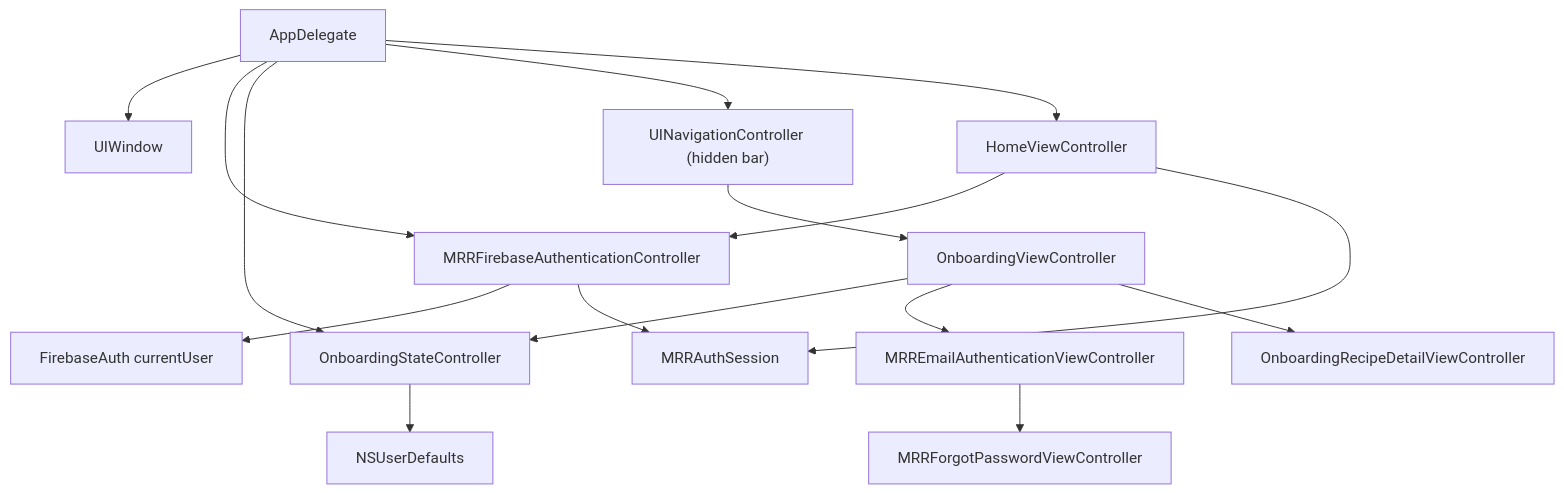
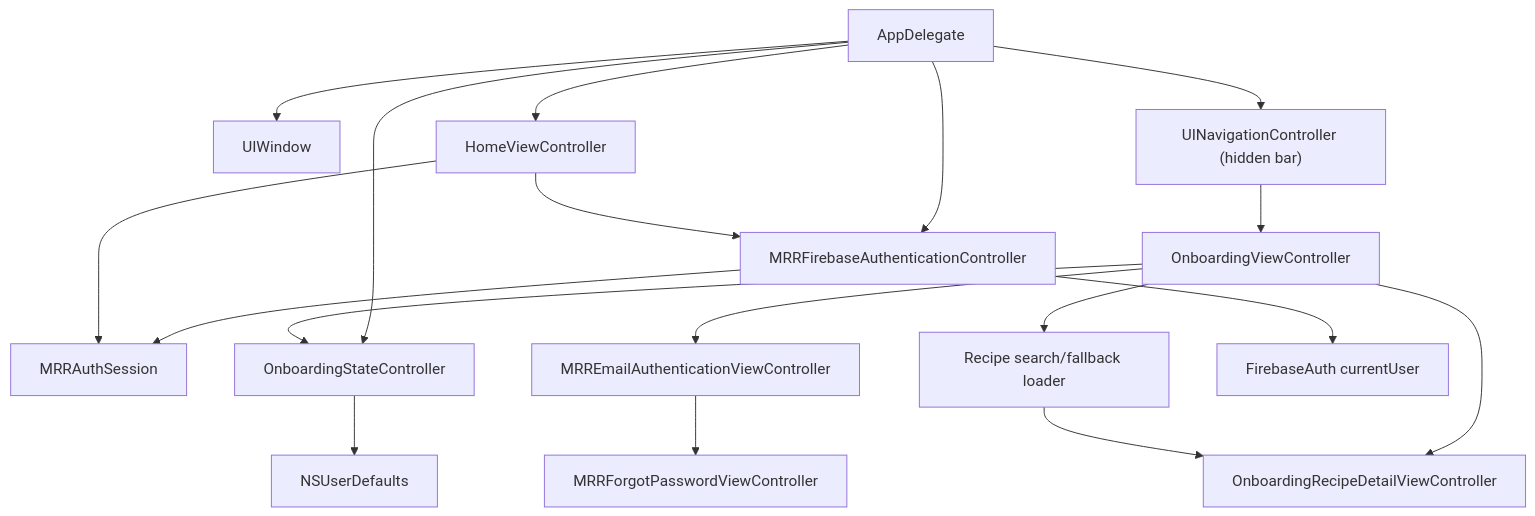
The third of 6 diagrams in ARCHITECTURE.md (bengidev/ios-mrr-experiment), drawn with Mermaid before and after one commit. The commit also changed other lines of this file and 2 other files, not shown here.

Commit message:
docs(onboarding): document live recipe detail experience

````diff
--- a/ARCHITECTURE.md
+++ b/ARCHITECTURE.md
@@ -118,32 +128,35 @@
 ```mermaid
 flowchart TB
   app["AppDelegate"]
   window["UIWindow"]
   auth["MRRFirebaseAuthenticationController"]
   session["MRRAuthSession"]
   state["OnboardingStateController"]
   nav["UINavigationController (hidden bar)"]
   onboarding["OnboardingViewController"]
   email["MRREmailAuthenticationViewController"]
   reset["MRRForgotPasswordViewController"]
   detail["OnboardingRecipeDetailViewController"]
+  loader["Recipe search/fallback loader"]
   home["HomeViewController"]
   defaults["NSUserDefaults"]
   firebase["FirebaseAuth currentUser"]
 
   app --> window
   app --> auth
   app --> state
   state --> defaults
   auth --> firebase
   auth --> session
   app --> nav
   nav --> onboarding
   onboarding --> state
   onboarding --> email
   email --> reset
   onboarding --> detail
+  onboarding --> loader
+  loader --> detail
   app --> home
   home --> auth
   home --> session
 ```
````
